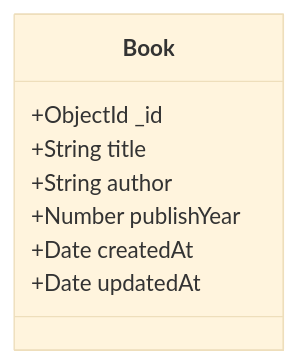
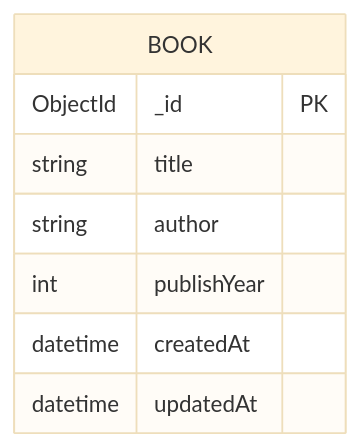
Before and after one commit to Brajesh31/Anime-Book-Store: the fourth of 4 diagrams in README.md, drawn with Mermaid (base theme). The commit also changed other lines of this file and 2 other files, not shown here.

````diff
--- a/README.md
+++ b/README.md
@@ -293,11 +345,11 @@
 ```mermaid
-classDiagram
- class Book {
-  +ObjectId _id
-  +String title
-  +String author
-  +Number publishYear
-  +Date createdAt
-  +Date updatedAt
+erDiagram
+ BOOK {
+   ObjectId _id PK
+   string title
+   string author
+   int publishYear
+   datetime createdAt
+   datetime updatedAt
  }
 ```
````
